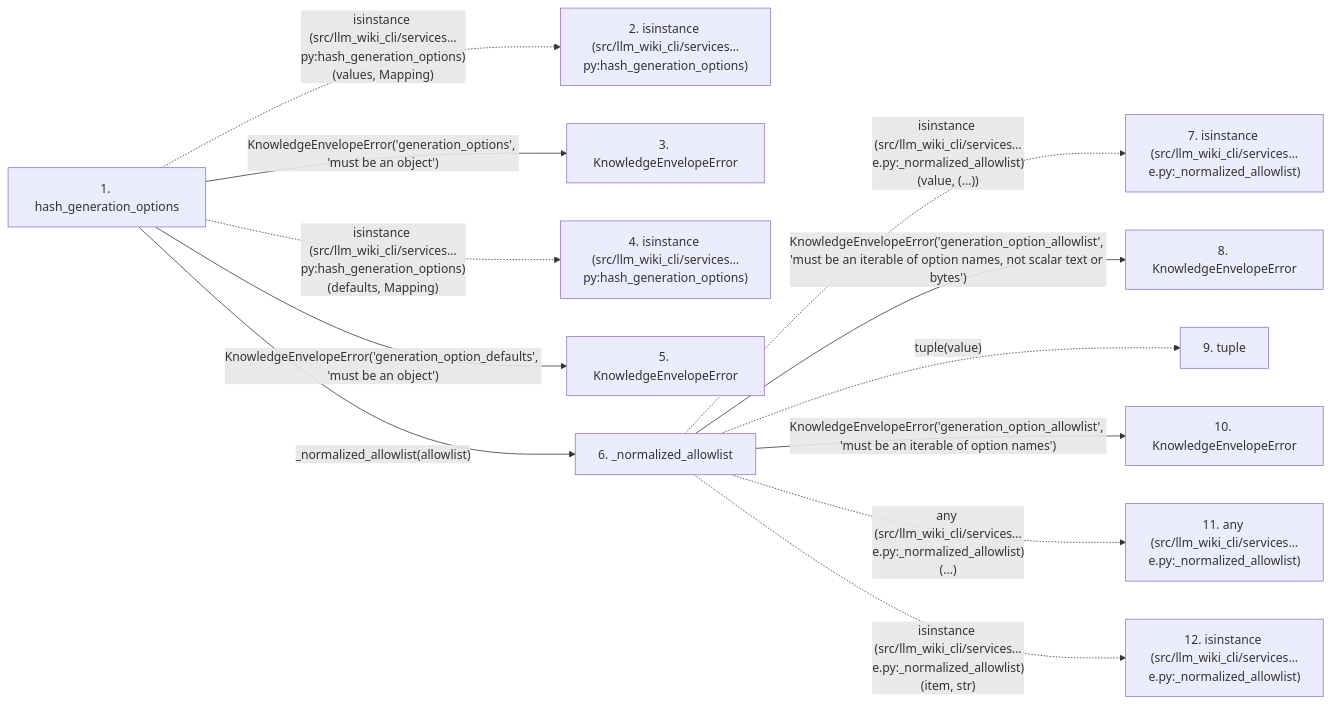
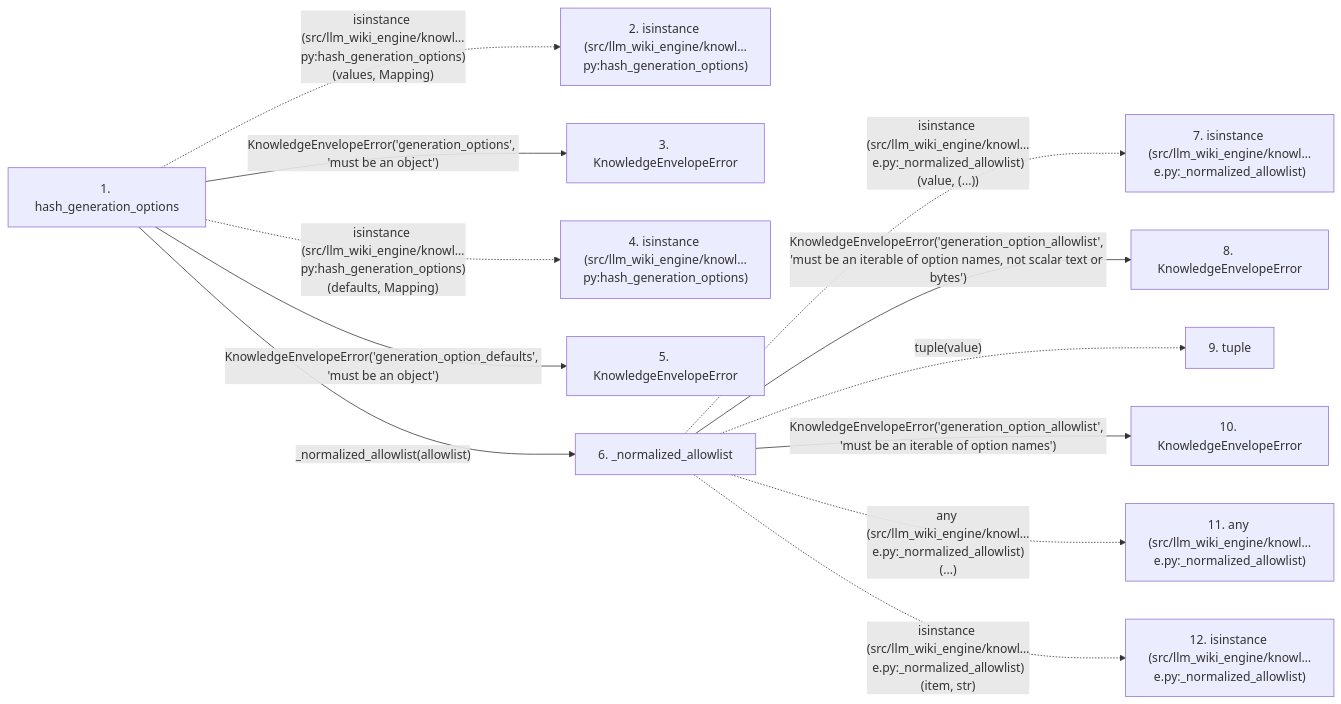
The second of 2 diagrams in docs/llm_wiki/flows/api-hash_generation_options.md (Denissvgn/python-wiki-llm), drawn with Mermaid before and after one commit. The commit also changed other lines of this file and 1058 other files, not shown here.

````diff
--- a/docs/llm_wiki/flows/api-hash_generation_options.md
+++ b/docs/llm_wiki/flows/api-hash_generation_options.md
@@ -120,32 +120,32 @@
 ```mermaid
 flowchart LR
     s1["1. hash_generation_options"]
-    s2["2. isinstance (src/llm_wiki_cli/services…py:hash_generation_options)"]
+    s2["2. isinstance (src/llm_wiki_engine/knowl…py:hash_generation_options)"]
     s3["3. KnowledgeEnvelopeError"]
-    s4["4. isinstance (src/llm_wiki_cli/services…py:hash_generation_options)"]
+    s4["4. isinstance (src/llm_wiki_engine/knowl…py:hash_generation_options)"]
     s5["5. KnowledgeEnvelopeError"]
     s6["6. _normalized_allowlist"]
-    s7["7. isinstance (src/llm_wiki_cli/services…e.py:_normalized_allowlist)"]
+    s7["7. isinstance (src/llm_wiki_engine/knowl…e.py:_normalized_allowlist)"]
     s8["8. KnowledgeEnvelopeError"]
     s9["9. tuple"]
     s10["10. KnowledgeEnvelopeError"]
-    s11["11. any (src/llm_wiki_cli/services…e.py:_normalized_allowlist)"]
-    s12["12. isinstance (src/llm_wiki_cli/services…e.py:_normalized_allowlist)"]
-    s1 -. "isinstance (src/llm_wiki_cli/services…py:hash_generation_options)(values, Mapping)" .-> s2
+    s11["11. any (src/llm_wiki_engine/knowl…e.py:_normalized_allowlist)"]
+    s12["12. isinstance (src/llm_wiki_engine/knowl…e.py:_normalized_allowlist)"]
+    s1 -. "isinstance (src/llm_wiki_engine/knowl…py:hash_generation_options)(values, Mapping)" .-> s2
     s1 -->|"KnowledgeEnvelopeError('generation_options', 'must be an object')"| s3
-    s1 -. "isinstance (src/llm_wiki_cli/services…py:hash_generation_options)(defaults, Mapping)" .-> s4
+    s1 -. "isinstance (src/llm_wiki_engine/knowl…py:hash_generation_options)(defaults, Mapping)" .-> s4
     s1 -->|"KnowledgeEnvelopeError('generation_option_defaults', 'must be an object')"| s5
     s1 -->|"_normalized_allowlist(allowlist)"| s6
-    s6 -. "isinstance (src/llm_wiki_cli/services…e.py:_normalized_allowlist)(value, (...))" .-> s7
+    s6 -. "isinstance (src/llm_wiki_engine/knowl…e.py:_normalized_allowlist)(value, (...))" .-> s7
     s6 -->|"KnowledgeEnvelopeError('generation_option_allowlist', 'must be an iterable of option names, not scalar text or bytes')"| s8
     s6 -. "tuple(value)" .-> s9
     s6 -->|"KnowledgeEnvelopeError('generation_option_allowlist', 'must be an iterable of option names')"| s10
-    s6 -. "any (src/llm_wiki_cli/services…e.py:_normalized_allowlist)(...)" .-> s11
-    s6 -. "isinstance (src/llm_wiki_cli/services…e.py:_normalized_allowlist)(item, str)" .-> s12
+    s6 -. "any (src/llm_wiki_engine/knowl…e.py:_normalized_allowlist)(...)" .-> s11
+    s6 -. "isinstance (src/llm_wiki_engine/knowl…e.py:_normalized_allowlist)(item, str)" .-> s12
     click s1 "../modules/knowledge_envelope.md"
     click s3 "../modules/knowledge_envelope.md"
     click s5 "../modules/knowledge_envelope.md"
     click s6 "../modules/knowledge_envelope.md"
     click s8 "../modules/knowledge_envelope.md"
     click s10 "../modules/knowledge_envelope.md"
 ```
````
